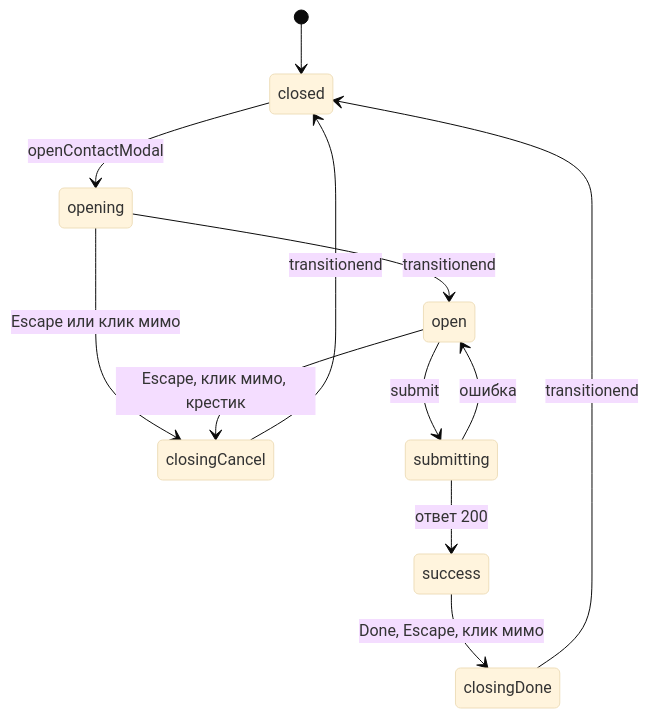
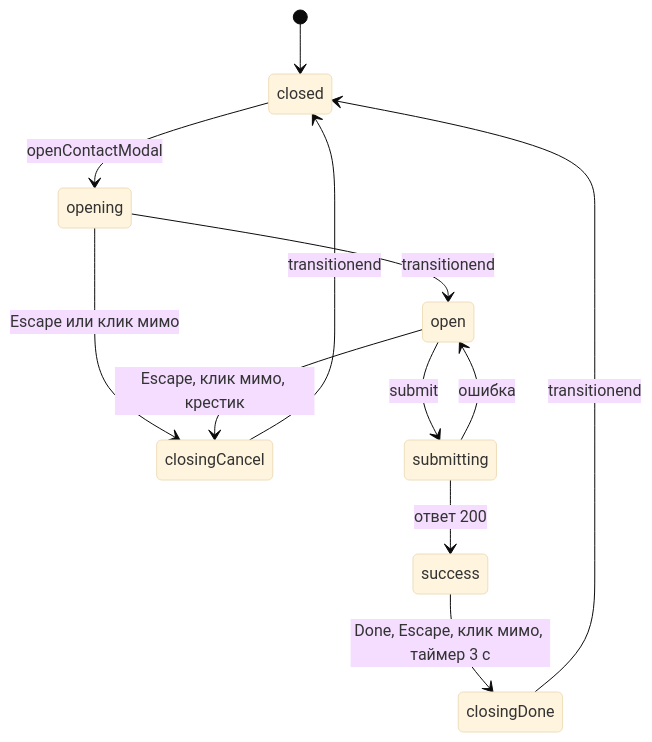
One commit to Setproduct/setproduct.com changed the second of 2 diagrams in plans/contact-modal-leads-and-motion-2026-11.md. Above: the diagram before and after it, drawn with Mermaid (base theme). The commit also changed other lines of this file, not shown here.

````diff
--- a/plans/contact-modal-leads-and-motion-2026-11.md
+++ b/plans/contact-modal-leads-and-motion-2026-11.md
@@ -255,14 +254,14 @@
 ```mermaid
 stateDiagram-v2
     [*] --> closed
     closed --> opening: openContactModal
     opening --> open: transitionend
     opening --> closingCancel: Escape или клик мимо
     open --> closingCancel: Escape, клик мимо, крестик
     open --> submitting: submit
     submitting --> open: ошибка
     submitting --> success: ответ 200
-    success --> closingDone: Done, Escape, клик мимо
+    success --> closingDone: Done, Escape, клик мимо, таймер 3 с
     closingCancel --> closed: transitionend
     closingDone --> closed: transitionend
 ```
````
